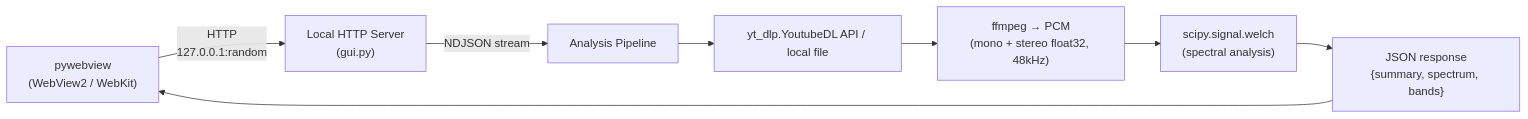
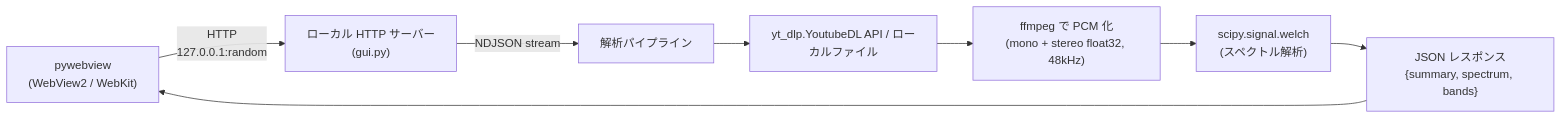
Before and after one commit to semnil/analyze-spectrum: the diagram in CLAUDE.md, drawn with Mermaid. The commit also changed other lines of this file, not shown here.

````diff
--- a/CLAUDE.md
+++ b/CLAUDE.md
@@ -9,10 +9,10 @@
 ```mermaid
 graph LR
-    A["pywebview<br>(WebView2 / WebKit)"] -->|"HTTP<br>127.0.0.1:random"| B["Local HTTP Server<br>(gui.py)"]
-    B -->|"NDJSON stream"| C["Analysis Pipeline"]
-    C --> D["yt_dlp.YoutubeDL API / local file"]
-    D --> E["ffmpeg → PCM<br>(mono + stereo float32, 48kHz)"]
-    E --> F["scipy.signal.welch<br>(spectral analysis)"]
-    F --> G["JSON response<br>{summary, spectrum, bands}"]
+    A["pywebview<br>(WebView2 / WebKit)"] -->|"HTTP<br>127.0.0.1:random"| B["ローカル HTTP サーバー<br>(gui.py)"]
+    B -->|"NDJSON stream"| C["解析パイプライン"]
+    C --> D["yt_dlp.YoutubeDL API / ローカルファイル"]
+    D --> E["ffmpeg で PCM 化<br>(mono + stereo float32, 48kHz)"]
+    E --> F["scipy.signal.welch<br>(スペクトル解析)"]
+    F --> G["JSON レスポンス<br>{summary, spectrum, bands}"]
     G --> A
 ```
````
